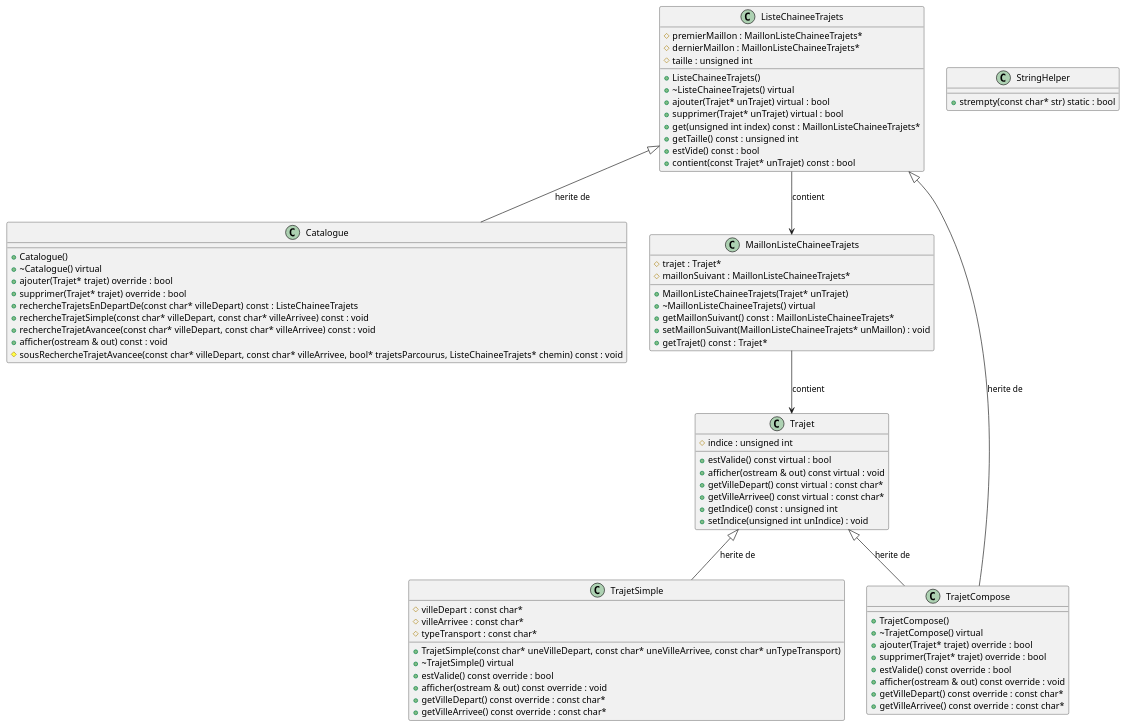
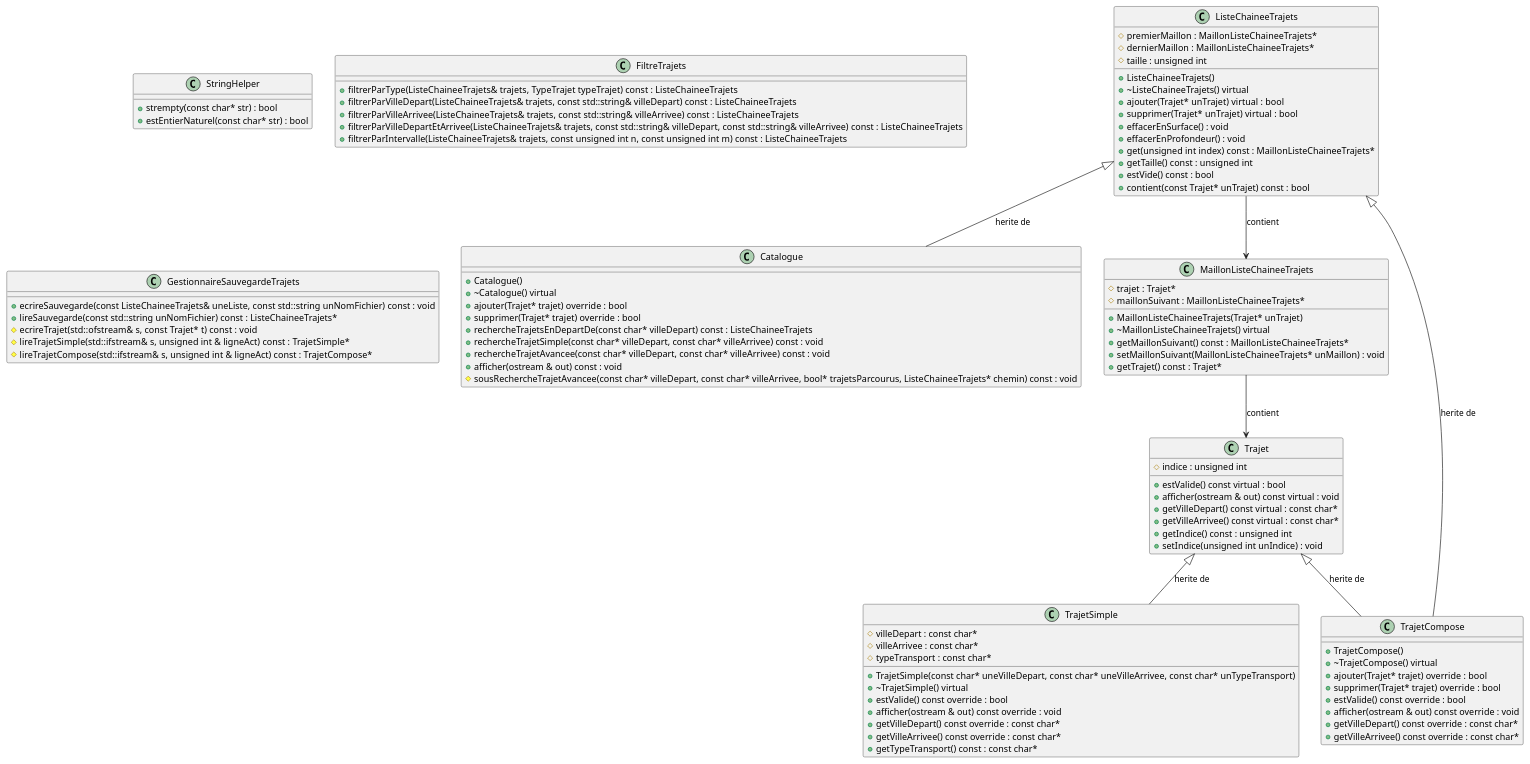
One commit to LogarithmeNeper/CPP_TP2 changed the diagram in doc/class-diagram.pu. Above: the diagram before and after it, drawn with PlantUML. The commit also changed 25 other files, not shown here.

Commit message:
feat/Add FiltreTrajets + Add GestionnaireSauvegardeTrajets + Update documentation

```diff
--- a/doc/class-diagram.pu
+++ b/doc/class-diagram.pu
@@ -1,88 +1,108 @@
 @startuml
 
 class Catalogue {
   +Catalogue()
   +~Catalogue() virtual
   +ajouter(Trajet* trajet) override : bool
   +supprimer(Trajet* trajet) override : bool
   +rechercheTrajetsEnDepartDe(const char* villeDepart) const : ListeChaineeTrajets
   +rechercheTrajetSimple(const char* villeDepart, const char* villeArrivee) const : void
   +rechercheTrajetAvancee(const char* villeDepart, const char* villeArrivee) const : void
   +afficher(ostream & out) const : void
   #sousRechercheTrajetAvancee(const char* villeDepart, const char* villeArrivee, bool* trajetsParcourus, ListeChaineeTrajets* chemin) const : void
 }
 
 class ListeChaineeTrajets {
   #premierMaillon : MaillonListeChaineeTrajets*
   #dernierMaillon : MaillonListeChaineeTrajets*
   #taille : unsigned int
   +ListeChaineeTrajets()
   +~ListeChaineeTrajets() virtual
   +ajouter(Trajet* unTrajet) virtual : bool
   +supprimer(Trajet* unTrajet) virtual : bool
+  +effacerEnSurface() : void
+  +effacerEnProfondeur() : void
   +get(unsigned int index) const : MaillonListeChaineeTrajets*
   +getTaille() const : unsigned int
   +estVide() const : bool
   +contient(const Trajet* unTrajet) const : bool
 }
 
 class MaillonListeChaineeTrajets {
   #trajet : Trajet*
   #maillonSuivant : MaillonListeChaineeTrajets*
   +MaillonListeChaineeTrajets(Trajet* unTrajet)
   +~MaillonListeChaineeTrajets() virtual
   +getMaillonSuivant() const : MaillonListeChaineeTrajets*
   +setMaillonSuivant(MaillonListeChaineeTrajets* unMaillon) : void
   +getTrajet() const : Trajet*
 }
 
 class StringHelper {
-  +strempty(const char* str) static : bool
+  +strempty(const char* str) : bool
+  +estEntierNaturel(const char* str) : bool
 }
 
 class Trajet {
   +estValide() const virtual : bool
   +afficher(ostream & out) const virtual : void
   +getVilleDepart() const virtual : const char*
   +getVilleArrivee() const virtual : const char*
   +getIndice() const : unsigned int
   +setIndice(unsigned int unIndice) : void
   #indice : unsigned int
 }
 
 class TrajetCompose  {
   +TrajetCompose()
   +~TrajetCompose() virtual
   +ajouter(Trajet* trajet) override : bool
   +supprimer(Trajet* trajet) override : bool
   +estValide() const override : bool
   +afficher(ostream & out) const override : void
   +getVilleDepart() const override : const char*
   +getVilleArrivee() const override : const char*
 }
 
 class TrajetSimple {
   #villeDepart : const char*
   #villeArrivee : const char*
   #typeTransport : const char*
   +TrajetSimple(const char* uneVilleDepart, const char* uneVilleArrivee, const char* unTypeTransport)
   +~TrajetSimple() virtual
   +estValide() const override : bool
   +afficher(ostream & out) const override : void
   +getVilleDepart() const override : const char*
   +getVilleArrivee() const override : const char*
+  +getTypeTransport() const : const char*
+}
+
+class FiltreTrajets {
+  +filtrerParType(ListeChaineeTrajets& trajets, TypeTrajet typeTrajet) const : ListeChaineeTrajets
+  +filtrerParVilleDepart(ListeChaineeTrajets& trajets, const std::string& villeDepart) const : ListeChaineeTrajets
+  +filtrerParVilleArrivee(ListeChaineeTrajets& trajets, const std::string& villeArrivee) const : ListeChaineeTrajets
+  +filtrerParVilleDepartEtArrivee(ListeChaineeTrajets& trajets, const std::string& villeDepart, const std::string& villeArrivee) const : ListeChaineeTrajets
+  +filtrerParIntervalle(ListeChaineeTrajets& trajets, const unsigned int n, const unsigned int m) const : ListeChaineeTrajets
+}
+
+class GestionnaireSauvegardeTrajets {
+  +ecrireSauvegarde(const ListeChaineeTrajets& uneListe, const std::string unNomFichier) const : void
+  +lireSauvegarde(const std::string unNomFichier) const : ListeChaineeTrajets*
+  #ecrireTrajet(std::ofstream& s, const Trajet* t) const : void
+  #lireTrajetSimple(std::ifstream& s, unsigned int & ligneAct) const : TrajetSimple*
+  #lireTrajetCompose(std::ifstream& s, unsigned int & ligneAct) const : TrajetCompose*
 }
 
 ListeChaineeTrajets <|-- Catalogue : "herite de"
 
 Trajet <|-- TrajetSimple : "herite de"
 
 Trajet <|-- TrajetCompose : "herite de"
 
 ListeChaineeTrajets <|-- TrajetCompose : "herite de"
 
 ListeChaineeTrajets --> MaillonListeChaineeTrajets : "contient"
 
 MaillonListeChaineeTrajets --> Trajet : "contient"
 
 @enduml
```
